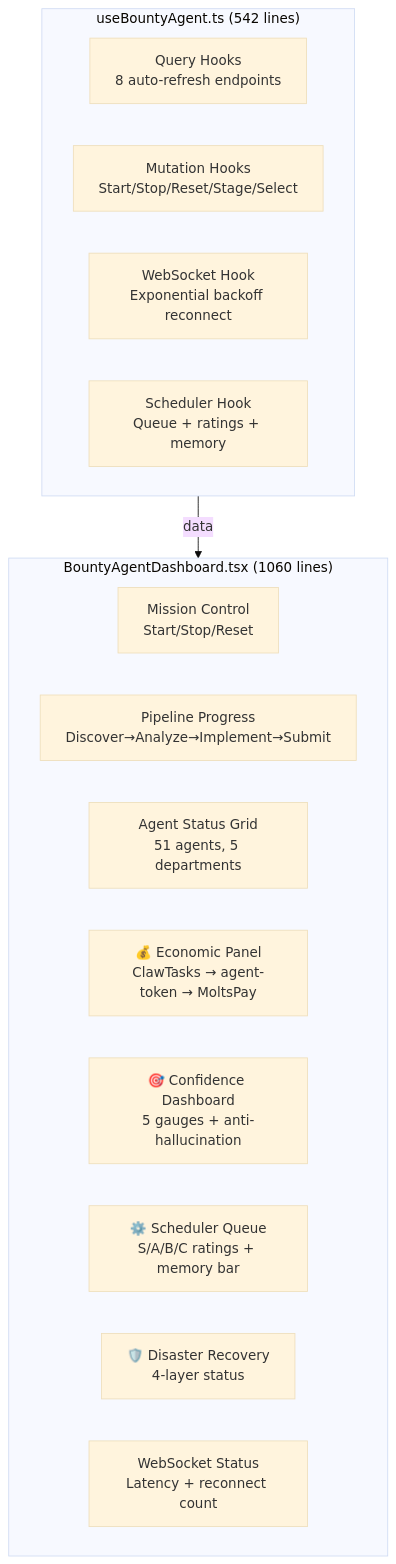
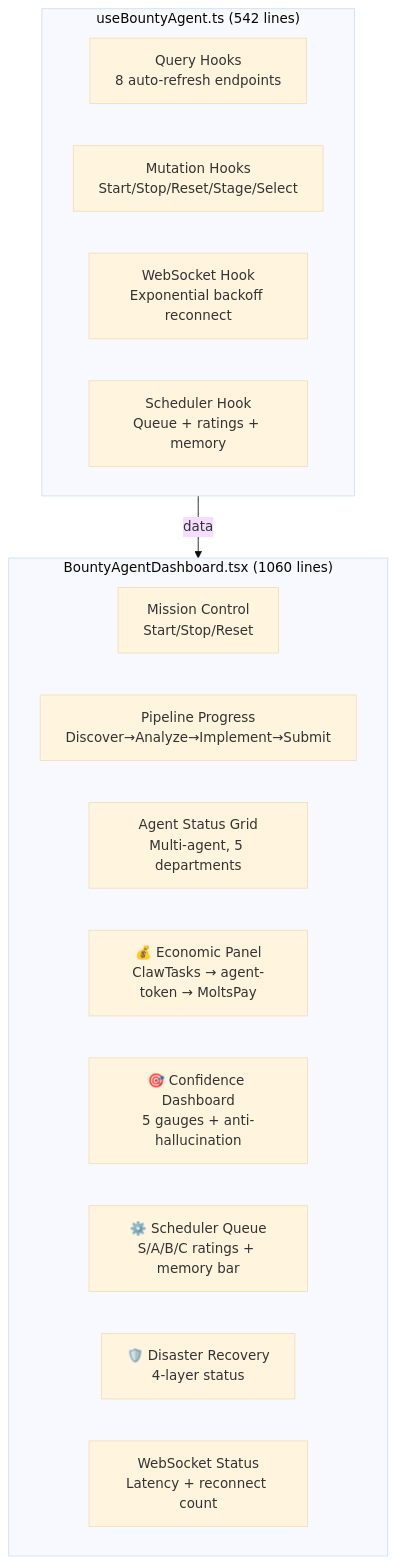
Before and after one commit to SolFoundry/solfoundry: the seventh of 8 diagrams in bounty_agent/ARCHITECTURE.md, drawn with Mermaid (base theme). The commit also changed other lines of this file and 4 other files, not shown here.

````diff
--- a/bounty_agent/ARCHITECTURE.md
+++ b/bounty_agent/ARCHITECTURE.md
@@ -258,22 +258,22 @@
 ```mermaid
 graph TB
     subgraph Dashboard["BountyAgentDashboard.tsx (1060 lines)"]
         MissionCtrl["Mission Control<br/>Start/Stop/Reset"]
         Pipeline["Pipeline Progress<br/>Discover→Analyze→Implement→Submit"]
-        AgentGrid["Agent Status Grid<br/>51 agents, 5 departments"]
+        AgentGrid["Agent Status Grid<br/>Multi-agent, 5 departments"]
         EconPanel["💰 Economic Panel<br/>ClawTasks → agent-token → MoltsPay"]
         Confidence["🎯 Confidence Dashboard<br/>5 gauges + anti-hallucination"]
         SchedQueue["⚙️ Scheduler Queue<br/>S/A/B/C ratings + memory bar"]
         Disaster["🛡️ Disaster Recovery<br/>4-layer status"]
         WSBar["WebSocket Status<br/>Latency + reconnect count"]
     end
 
     subgraph Hooks["useBountyAgent.ts (542 lines)"]
         QHooks["Query Hooks<br/>8 auto-refresh endpoints"]
         MutHooks["Mutation Hooks<br/>Start/Stop/Reset/Stage/Select"]
         WSHook["WebSocket Hook<br/>Exponential backoff reconnect"]
         SchedHook["Scheduler Hook<br/>Queue + ratings + memory"]
     end
 
     Hooks -->|data| Dashboard
 ```
````
